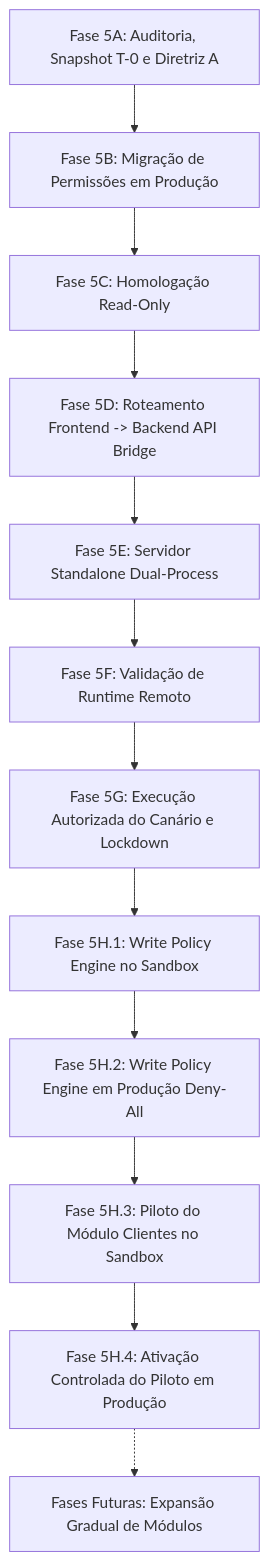
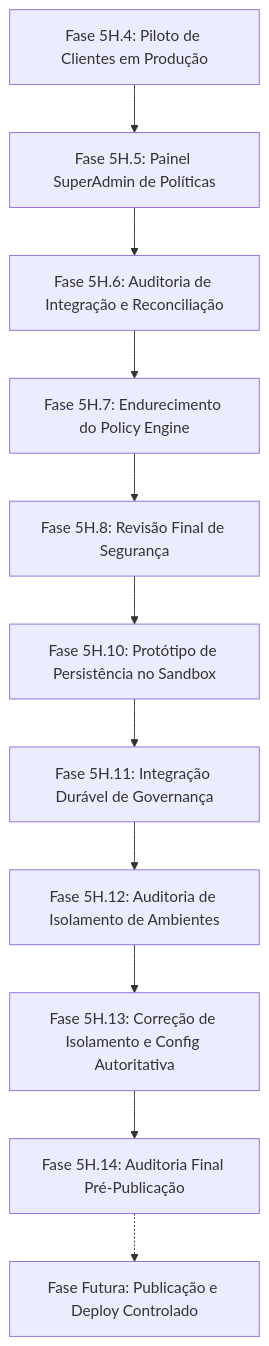
The diagram in CONTEXT_CHECKPOINT.md (Lucasnlucca/CRMiris), drawn with Mermaid before and after one commit. The commit also changed other lines of this file and 13 other files, not shown here.

````diff
--- a/CONTEXT_CHECKPOINT.md
+++ b/CONTEXT_CHECKPOINT.md
@@ -17,14 +19,13 @@
 ```mermaid
 flowchart TD
-    F5A[Fase 5A: Auditoria, Snapshot T-0 e Diretriz A] --> F5B[Fase 5B: Migração de Permissões em Produção]
-    F5B --> F5C[Fase 5C: Homologação Read-Only]
-    F5C --> F5D[Fase 5D: Roteamento Frontend -> Backend API Bridge]
-    F5D --> F5E[Fase 5E: Servidor Standalone Dual-Process]
-    F5E --> F5F[Fase 5F: Validação de Runtime Remoto]
-    F5F --> F5G[Fase 5G: Execução Autorizada do Canário e Lockdown]
-    F5G --> F5H1[Fase 5H.1: Write Policy Engine no Sandbox]
-    F5H1 --> F5H2[Fase 5H.2: Write Policy Engine em Produção Deny-All]
-    F5H2 --> F5H3[Fase 5H.3: Piloto do Módulo Clientes no Sandbox]
-    F5H3 --> F5H4[Fase 5H.4: Ativação Controlada do Piloto em Produção]
-    F5H4 -.-> F5I[Fases Futuras: Expansão Gradual de Módulos]
+    F5H4[Fase 5H.4: Piloto de Clientes em Produção] --> F5H5[Fase 5H.5: Painel SuperAdmin de Políticas]
+    F5H5 --> F5H6[Fase 5H.6: Auditoria de Integração e Reconciliação]
+    F5H6 --> F5H7[Fase 5H.7: Endurecimento do Policy Engine]
+    F5H7 --> F5H8[Fase 5H.8: Revisão Final de Segurança]
+    F5H8 --> F5H10[Fase 5H.10: Protótipo de Persistência no Sandbox]
+    F5H10 --> F5H11[Fase 5H.11: Integração Durável de Governança]
+    F5H11 --> F5H12[Fase 5H.12: Auditoria de Isolamento de Ambientes]
+    F5H12 --> F5H13[Fase 5H.13: Correção de Isolamento e Config Autoritativa]
+    F5H13 --> F5H14[Fase 5H.14: Auditoria Final Pré-Publicação]
+    F5H14 -.-> F5H15[Fase Futura: Publicação e Deploy Controlado]
 ```
````
